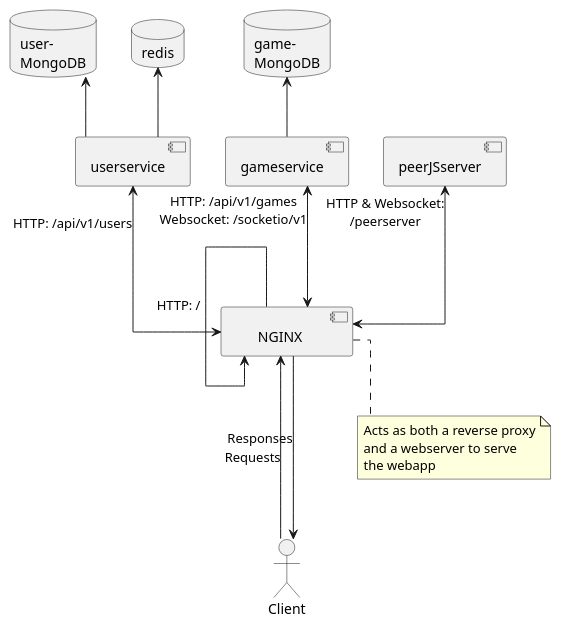
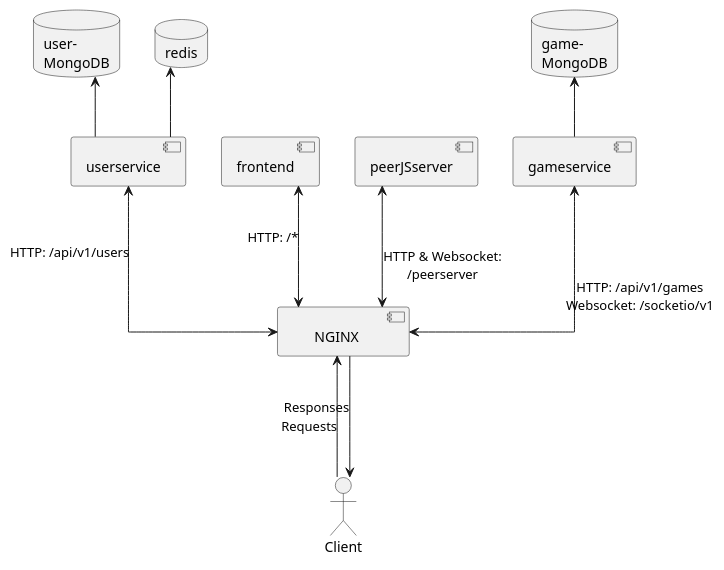
Before and after one commit to distributed-bangers/p2p-game: the diagram in documentation/component_diagram.puml, drawn with PlantUML.

Commit message:
Separate frontend mechanism adjusted in component diagram

```diff
--- a/documentation/component_diagram.puml
+++ b/documentation/component_diagram.puml
@@ -1,43 +1,36 @@
 @startuml component
 skinparam linetype ortho
 
 [      NGINX       ] as rp
-[userservice] as us 
+[userservice] as us
+[frontend] as fs
+[peerJSserver] as ps
 [gameservice] as gs
-[peerJSserver] as ps
 database "user-\nMongoDB" as udb
 database "game-\nMongoDB" as gdb
 database "redis" as redis
 actor "Client" as c1
 
 c1 <--- rp: Responses
 rp <--- c1: Requests\n\n\n\n\n\n\n
 
 gs <---> rp: HTTP: /api/v1/games\nWebsocket: /socketio/v1\n
 us <---> rp: HTTP: /api/v1/users\n\n\n\n
 ps <---> rp: HTTP & Websocket:\n/peerserver\n\n\n\n
+fs <---> rp: HTTP: /*
 udb <-- us
 redis <-- us
 gdb <-- gs
-
-rp --> rp: HTTP: /\n\n\n\n\n\n
-
-
-note bottom of rp
-    Acts as both a reverse proxy
-    and a webserver to serve
-    the webapp
-end note
 
 
 
 ' note left of us
 '     Handles authentication
 ' end note
 ' note right of gs
 '     Handles lobby logic
 ' end note
 ' note top of ps
 '     Handles p2p-connections
 ' end note
 @enduml
```
